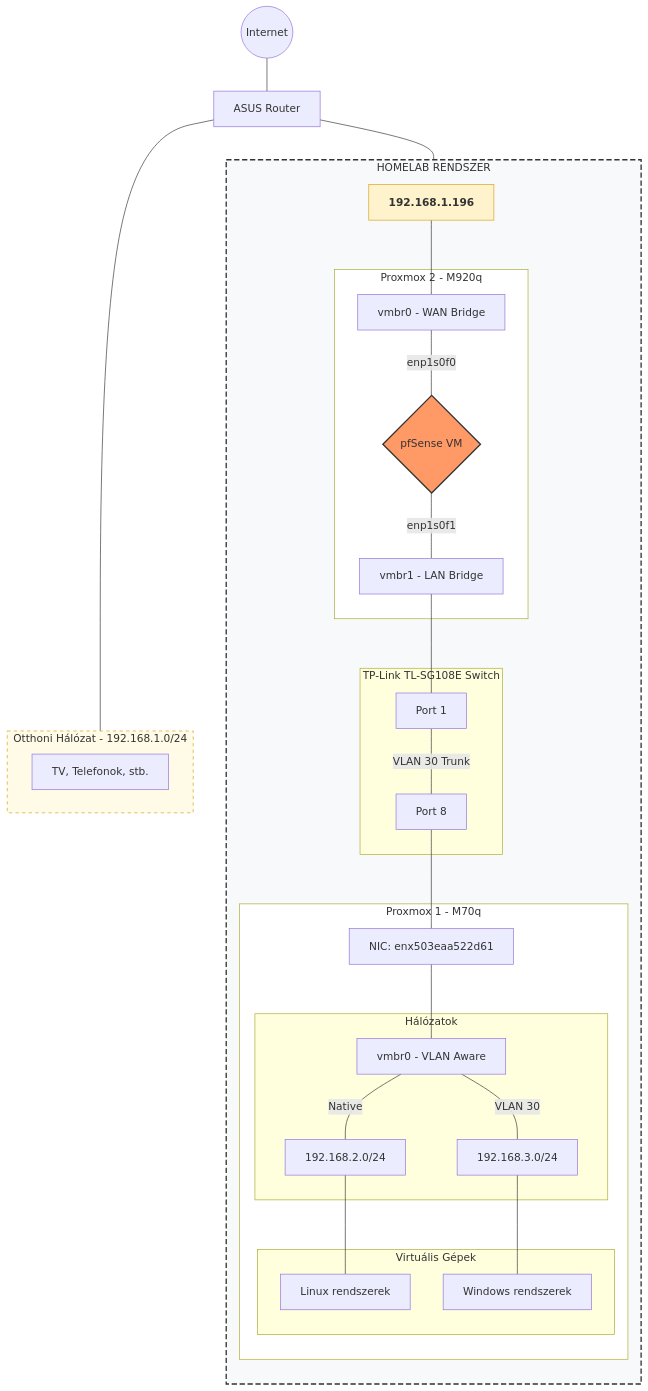
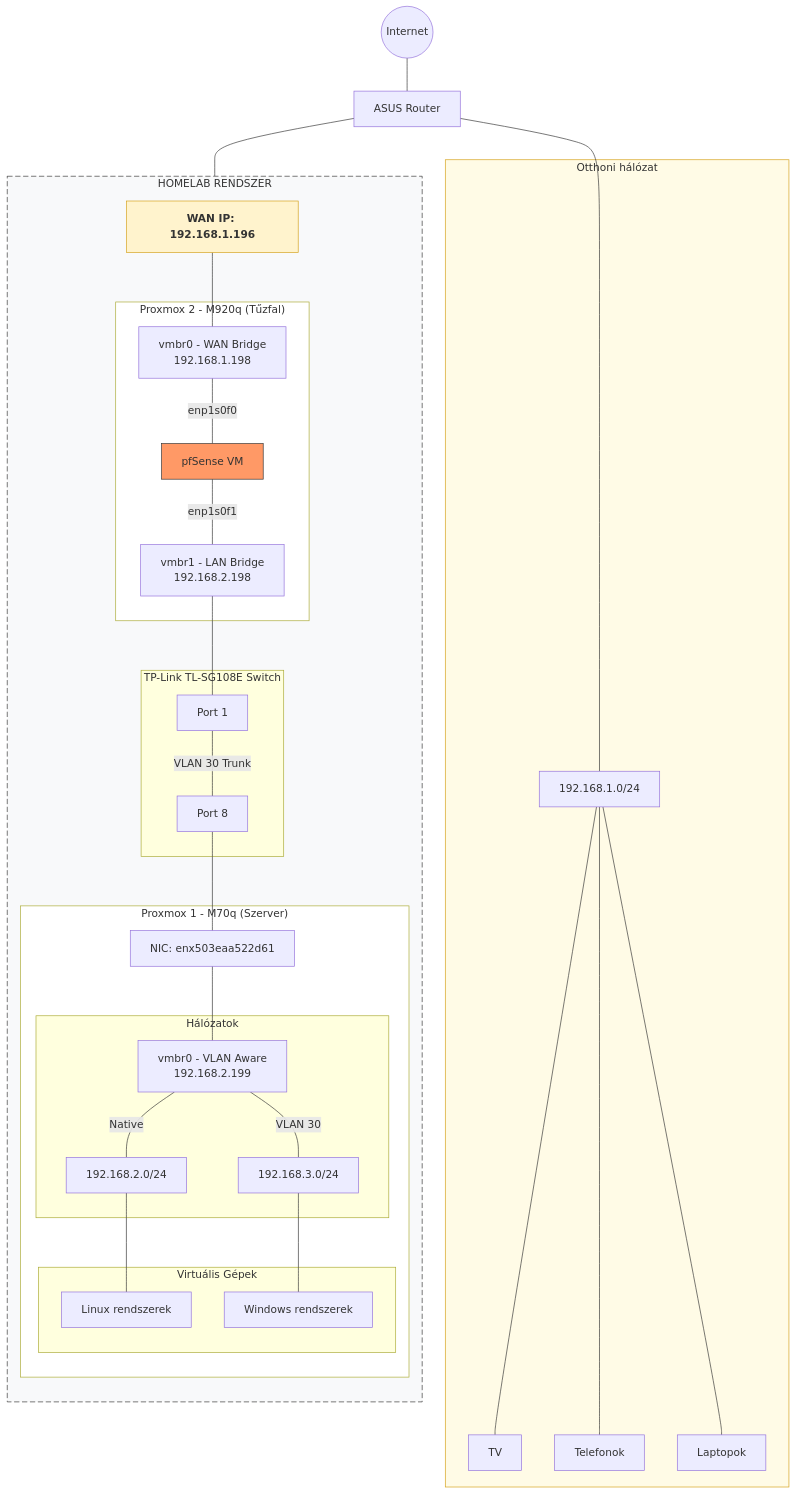
Before and after one commit to torokrolf/homelab: the diagram in 00-Homelab_Hardware/proba.md, drawn with Mermaid.

````diff
--- a/00-Homelab_Hardware/proba.md
+++ b/00-Homelab_Hardware/proba.md
@@ -1,69 +1,72 @@
 ```mermaid
 graph TD
     %% Külső világ
     Internet((Internet)) --- Asus[ASUS Router]
 
-    %% Külön ágak az ASUS-tól lefelé
-    Asus --- Home_Net_Box
+    %% Otthoni hálózat
+    subgraph Home_Net ["Otthoni hálózat"]
+        Subnet["192.168.1.0/24"]
+        TV["TV"]
+        Phone["Telefonok"]
+        Laptop["Laptopok"]
+    end
+    Asus --- Subnet
+    Subnet --- TV
+    Subnet --- Phone
+    Subnet --- Laptop
+
+    %% A belépési pont a pfSense-hez
+    Entry_IP["WAN IP: 192.168.1.196"]
     Asus --- Entry_IP
 
-    %% Otthoni hálózat szekció
-    subgraph Home_Net_Box [Otthoni Hálózat - 192.168.1.0/24]
-        Devices[TV, Telefonok, stb.]
-    end
+    %% HOMELAB rendszer
+    subgraph Homelab_System ["HOMELAB RENDSZER"]
+        direction TB
 
-    %% Homelab belépési pont
-    Entry_IP[192.168.1.196]
-
-    subgraph Homelab_System [HOMELAB RENDSZER]
-        direction TB
-        
-        %% Proxmox 2 - M920q
-        subgraph Node2 [Proxmox 2 - M920q]
-            VMBR0_P2[vmbr0 - WAN Bridge]
-            pfS{pfSense VM}
-            VMBR1_P2[vmbr1 - LAN Bridge]
+        %% Node2 - M920q
+        subgraph Node2 ["Proxmox 2 - M920q (Tűzfal)"]
+            VMBR0_P2["vmbr0 - WAN Bridge <br/> 192.168.1.198"]
+            pfS["pfSense VM"]
+            VMBR1_P2["vmbr1 - LAN Bridge <br/> 192.168.2.198"]
 
             VMBR0_P2 -- "enp1s0f0" --- pfS
             pfS -- "enp1s0f1" --- VMBR1_P2
         end
 
         Entry_IP --- VMBR0_P2
 
-        %% Fizikai Switch
-        VMBR1_P2 --- SW_P1
-        
-        subgraph Switch [TP-Link TL-SG108E Switch]
+        %% Switch
+        subgraph Switch ["TP-Link TL-SG108E Switch"]
             SW_P1[Port 1] -- "VLAN 30 Trunk" --- SW_P8[Port 8]
         end
 
-        %% Proxmox 1 - M70q
+        VMBR1_P2 --- SW_P1
         SW_P8 --- P1_NIC
-        
-        subgraph Node1 [Proxmox 1 - M70q]
-            P1_NIC[NIC: enx503eaa522d61]
-            P1_Bridge[vmbr0 - VLAN Aware]
-            
+
+        %% Node1 - M70q
+        subgraph Node1 ["Proxmox 1 - M70q (Szerver)"]
+            P1_NIC["NIC: enx503eaa522d61"]
+            P1_Bridge["vmbr0 - VLAN Aware <br/> 192.168.2.199"]
+
             P1_NIC --- P1_Bridge
 
-            subgraph Subnets [Hálózatok]
-                P1_Bridge -- "Native" --- LAN2[192.168.2.0/24]
-                P1_Bridge -- "VLAN 30" --- VLAN3[192.168.3.0/24]
+            subgraph Subnets ["Hálózatok"]
+                P1_Bridge -- "Native" --- LAN2["192.168.2.0/24"]
+                P1_Bridge -- "VLAN 30" --- VLAN3["192.168.3.0/24"]
             end
 
-            %% Átnevezett virtuális gép csoportok
-            subgraph VMs [Virtuális Gépek]
-                LAN2 --- Linux[Linux rendszerek]
-                VLAN3 --- Windows[Windows rendszerek]
+            subgraph VMs ["Virtuális Gépek"]
+                LAN2 --- Linux["Linux rendszerek"]
+                VLAN3 --- Windows["Windows rendszerek"]
             end
         end
     end
 
-    %% Stílusok a tiszta vizualizációhoz
-    style Homelab_System fill:#f8f9fa,stroke:#333,stroke-width:2px,stroke-dasharray: 8 4
+    %% Stílusok
+    style Home_Net fill:#fffbe6,stroke:#d4a017
     style Entry_IP fill:#fff3cd,stroke:#d4a017,font-weight:bold
-    style pfS fill:#f96,stroke:#333,stroke-width:2px
-    style Home_Net_Box fill:#fffbe6,stroke:#d4a017,stroke-dasharray: 5 5
+    style pfS fill:#f96,stroke:#333
+    style Homelab_System fill:#f8f9fa,stroke:#333,stroke-dasharray: 8 4
     style Node1 fill:#fff
     style Node2 fill:#fff
 ```
````
